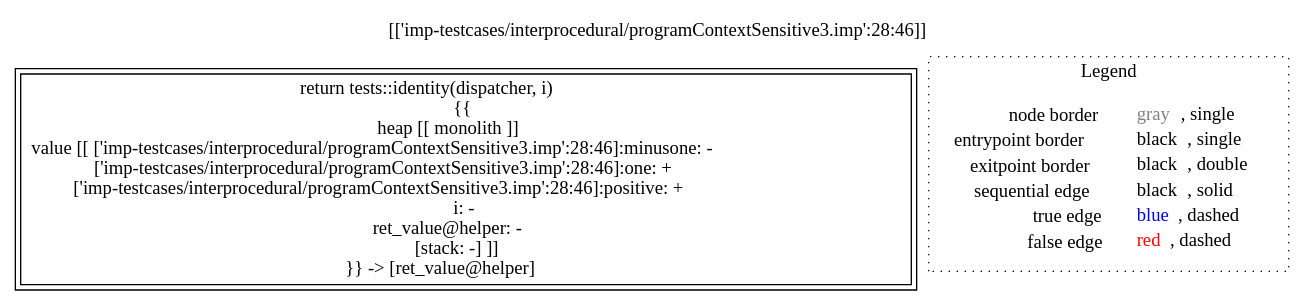
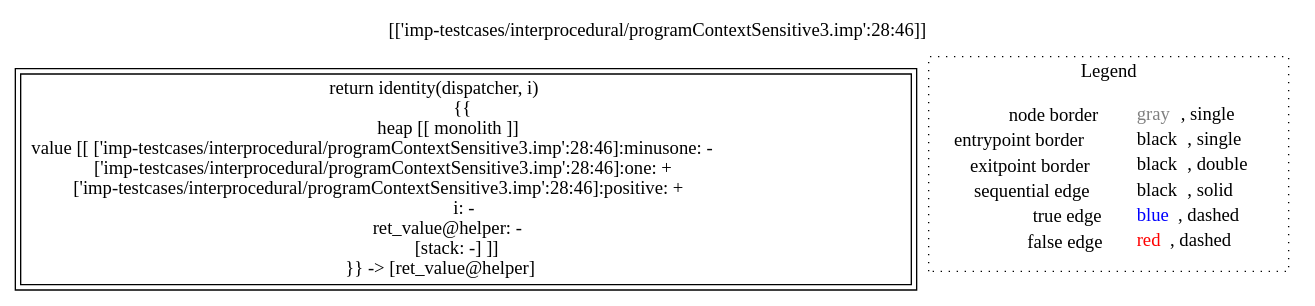
The diagram in lisa/lisa-core/imp-testcases/interprocedural/RTAContextSensitive4/analysis___-834160479_untyped_tests.helper(tests__this,_untyped_i,_untyped_dispatcher).dot (lisa-analyzer/lisa), drawn with Graphviz before and after one commit. The commit also changed 36 other files, not shown here.

```diff
--- a/lisa/lisa-core/imp-testcases/interprocedural/RTAContextSensitive4/analysis___-834160479_untyped_tests.helper(tests__this,_untyped_i,_untyped_dispatcher).dot
+++ b/lisa/lisa-core/imp-testcases/interprocedural/RTAContextSensitive4/analysis___-834160479_untyped_tests.helper(tests__this,_untyped_i,_untyped_dispatcher).dot
@@ -1,12 +1,12 @@
 digraph {
 	labelloc="t";
 	label="[['imp-testcases/interprocedural/programContextSensitive3.imp':28:46]]";
-	"node0" [shape="rect",color="black",peripheries="2",label=<return tests::identity(dispatcher, i)<BR/>{{<BR/>heap [[ monolith ]]<BR/>value [[ ['imp-testcases/interprocedural/programContextSensitive3.imp':28:46]:minusone: -<BR/>['imp-testcases/interprocedural/programContextSensitive3.imp':28:46]:one: +<BR/>['imp-testcases/interprocedural/programContextSensitive3.imp':28:46]:positive: +<BR/>i: -<BR/>ret_value@helper: -<BR/>[stack: -] ]]<BR/>}} -&gt; [ret_value@helper]>];
+	"node0" [shape="rect",color="black",peripheries="2",label=<return identity(dispatcher, i)<BR/>{{<BR/>heap [[ monolith ]]<BR/>value [[ ['imp-testcases/interprocedural/programContextSensitive3.imp':28:46]:minusone: -<BR/>['imp-testcases/interprocedural/programContextSensitive3.imp':28:46]:one: +<BR/>['imp-testcases/interprocedural/programContextSensitive3.imp':28:46]:positive: +<BR/>i: -<BR/>ret_value@helper: -<BR/>[stack: -] ]]<BR/>}} -&gt; [ret_value@helper]>];
 subgraph cluster_legend {
 	label="Legend";
 	style=dotted;
 	node [shape=plaintext];
 	"legend" [label=<<table border="0" cellpadding="2" cellspacing="0" cellborder="0"><tr><td align="right">node border&nbsp;</td><td align="left"><font color="gray">gray</font>, single</td></tr><tr><td align="right">entrypoint border&nbsp;</td><td align="left"><font color="black">black</font>, single</td></tr><tr><td align="right">exitpoint border&nbsp;</td><td align="left"><font color="black">black</font>, double</td></tr><tr><td align="right">sequential edge&nbsp;</td><td align="left"><font color="black">black</font>, solid</td></tr><tr><td align="right">true edge&nbsp;</td><td align="left"><font color="blue">blue</font>, dashed</td></tr><tr><td align="right">false edge&nbsp;</td><td align="left"><font color="red">red</font>, dashed</td></tr></table>>];
 }
 
 }
```
